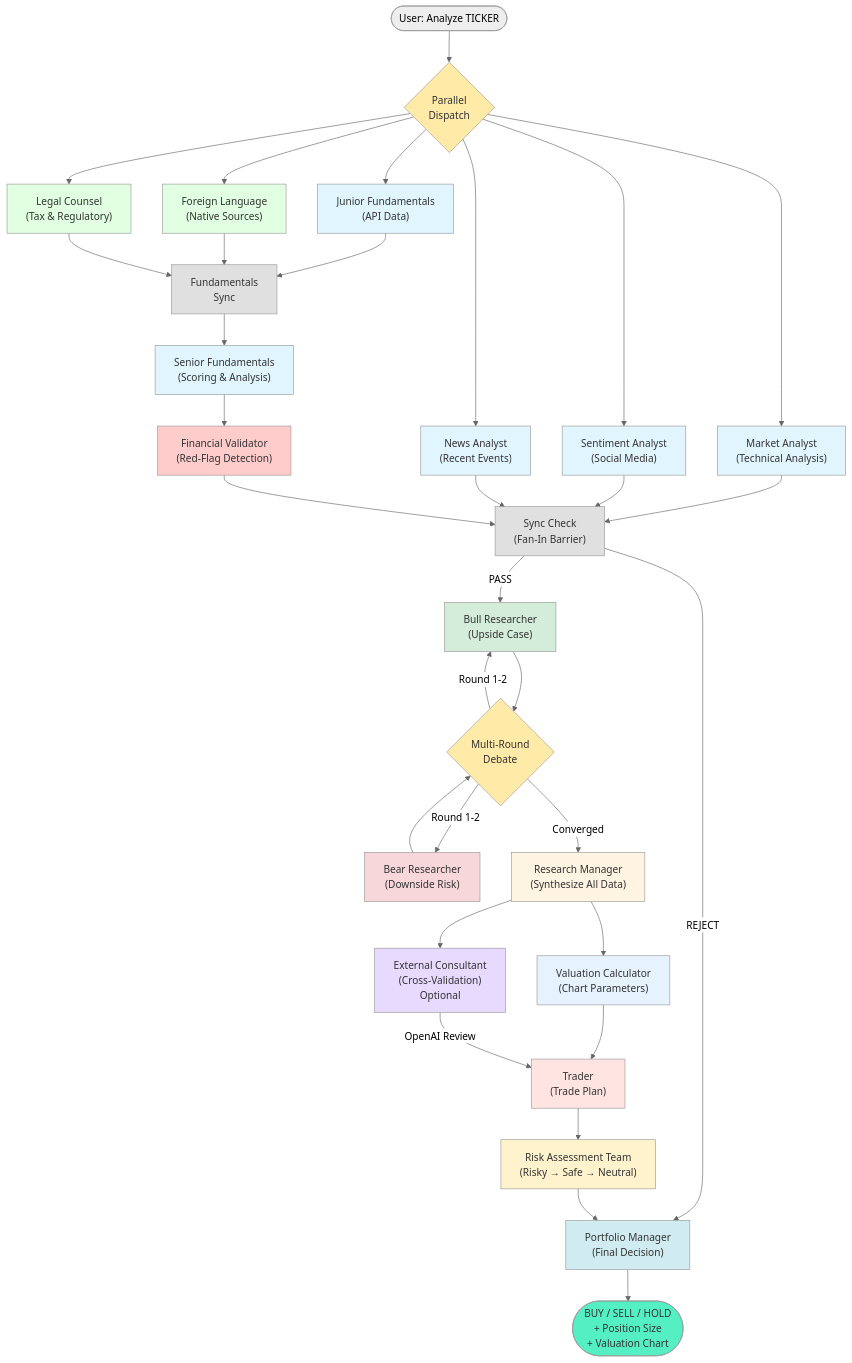
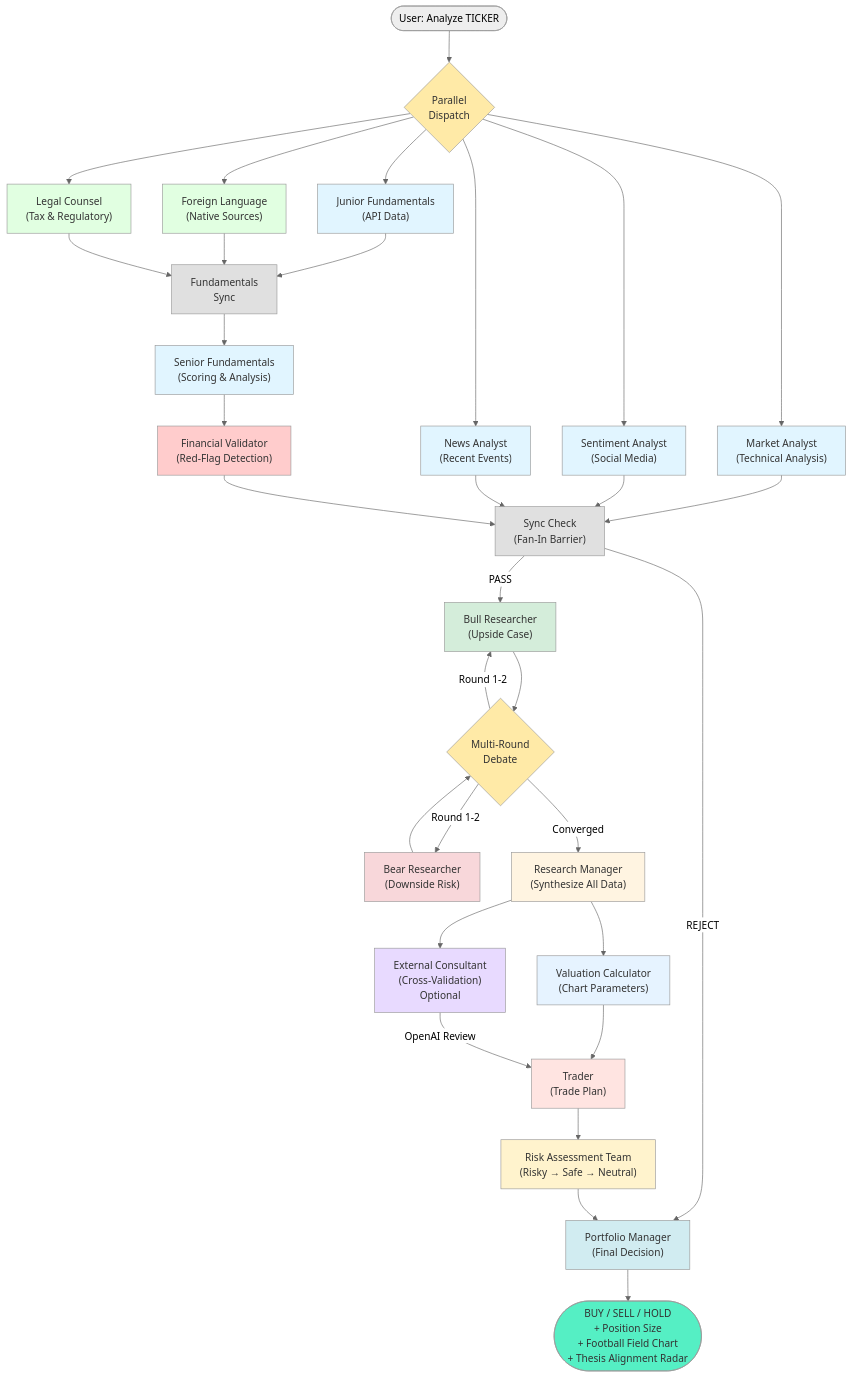
Before and after one commit to rgoerwit/ai-investment-agent: the diagram in README.md, drawn with Mermaid (neutral theme). The commit also changed other lines of this file and 5 other files, not shown here.

````diff
--- a/README.md
+++ b/README.md
@@ -41,71 +42,71 @@
 ```mermaid
 graph TB
     Start([User: Analyze TICKER]) --> Dispatcher{Parallel<br/>Dispatch}
 
     %% Parallel Fan-Out: 6 branches run simultaneously
     Dispatcher --> MarketAnalyst["Market Analyst<br/>(Technical Analysis)"]
     Dispatcher --> SentimentAnalyst["Sentiment Analyst<br/>(Social Media)"]
     Dispatcher --> NewsAnalyst["News Analyst<br/>(Recent Events)"]
     Dispatcher --> JuniorFund["Junior Fundamentals<br/>(API Data)"]
     Dispatcher --> ForeignLang["Foreign Language<br/>(Native Sources)"]
     Dispatcher --> LegalCounsel["Legal Counsel<br/>(Tax & Regulatory)"]
 
     %% Market/Sentiment/News go directly to main Sync Check
     MarketAnalyst --> SyncCheck["Sync Check<br/>(Fan-In Barrier)"]
     SentimentAnalyst --> SyncCheck
     NewsAnalyst --> SyncCheck
 
     %% Fundamentals sub-graph: Junior + Foreign + Legal sync first
     JuniorFund --> FundSync["Fundamentals<br/>Sync"]
     ForeignLang --> FundSync
     LegalCounsel --> FundSync
     FundSync --> SeniorFund["Senior Fundamentals<br/>(Scoring & Analysis)"]
     SeniorFund --> Validator["Financial Validator<br/>(Red-Flag Detection)"]
     Validator --> SyncCheck
 
     %% After all branches complete
     SyncCheck -->|REJECT| PortfolioManager["Portfolio Manager<br/>(Final Decision)"]
     SyncCheck -->|PASS| BullResearcher["Bull Researcher<br/>(Upside Case)"]
 
     BullResearcher --> Debate{Multi-Round<br/>Debate}
     BearResearcher["Bear Researcher<br/>(Downside Risk)"] --> Debate
 
     Debate -->|Round 1-2| BullResearcher
     Debate -->|Round 1-2| BearResearcher
     Debate -->|Converged| ResearchManager["Research Manager<br/>(Synthesize All Data)"]
 
     %% Post-Research Manager: Valuation Calculator and Consultant run in parallel
     ResearchManager --> ValuationCalc["Valuation Calculator<br/>(Chart Parameters)"]
     ResearchManager --> Consultant["External Consultant<br/>(Cross-Validation)<br/>Optional"]
 
     ValuationCalc --> Trader["Trader<br/>(Trade Plan)"]
     Consultant -->|OpenAI Review| Trader
 
     Trader --> RiskTeam["Risk Assessment Team<br/>(Risky → Safe → Neutral)"]
 
     RiskTeam --> PortfolioManager
 
-    PortfolioManager --> Decision([BUY / SELL / HOLD<br/>+ Position Size<br/>+ Valuation Chart])
+    PortfolioManager --> Decision([BUY / SELL / HOLD<br/>+ Position Size<br/>+ Football Field Chart<br/>+ Thesis Alignment Radar])
 
     style Dispatcher fill:#ffeaa7,color:#333
     style MarketAnalyst fill:#e1f5ff,color:#333
     style NewsAnalyst fill:#e1f5ff,color:#333
     style SentimentAnalyst fill:#e1f5ff,color:#333
     style JuniorFund fill:#e1f5ff,color:#333
     style ForeignLang fill:#e1ffe1,color:#333
     style LegalCounsel fill:#e1ffe1,color:#333
     style FundSync fill:#e0e0e0,color:#333
     style SeniorFund fill:#e1f5ff,color:#333
     style Validator fill:#ffcccc,color:#333
     style SyncCheck fill:#e0e0e0,color:#333
     style ResearchManager fill:#fff4e1,color:#333
     style BullResearcher fill:#d4edda,color:#333
     style BearResearcher fill:#f8d7da,color:#333
     style ValuationCalc fill:#e6f3ff,color:#333
     style Consultant fill:#e8daff,color:#333
     style Trader fill:#ffe4e1,color:#333
     style RiskTeam fill:#fff3cd,color:#333
     style PortfolioManager fill:#d1ecf1,color:#333
     style Debate fill:#ffeaa7,color:#333
     style Decision fill:#55efc4,color:#333
 ```
````
